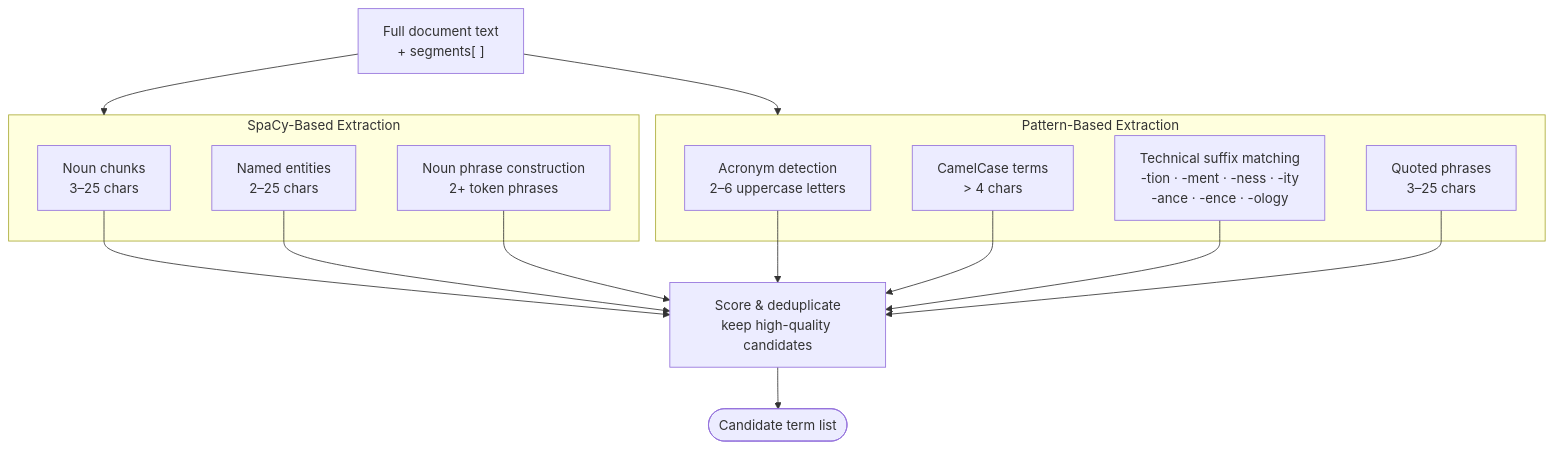
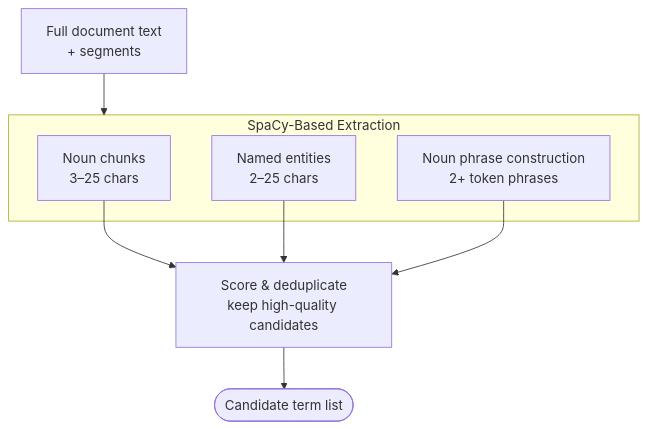
Before and after one commit to asa-holland/csuf-clarus: the second of 12 diagrams in analysis.md, drawn with Mermaid. The commit also changed other lines of this file, not shown here.

````diff
--- a/analysis.md
+++ b/analysis.md
@@ -55,26 +50,18 @@
 ```mermaid
 flowchart TD
-    IN["Full document text\n+ segments[ ]"]
+    IN["Full document text\n+ segments"]
 
     subgraph SPACY_METHODS["SpaCy-Based Extraction"]
         E1["Noun chunks\n3–25 chars"]
         E2["Named entities\n2–25 chars"]
         E3["Noun phrase construction\n2+ token phrases"]
     end
 
-    subgraph PATTERN_METHODS["Pattern-Based Extraction"]
-        E4["Acronym detection\n2–6 uppercase letters"]
-        E5["CamelCase terms\n> 4 chars"]
-        E6["Technical suffix matching\n-tion · -ment · -ness · -ity\n-ance · -ence · -ology"]
-        E7["Quoted phrases\n3–25 chars"]
-    end
-
     FILTER["Score & deduplicate\nkeep high-quality candidates"]
 
     OUT(["Candidate term list"])
 
-    IN --> SPACY_METHODS & PATTERN_METHODS
+    IN --> SPACY_METHODS
     E1 & E2 & E3 --> FILTER
-    E4 & E5 & E6 & E7 --> FILTER
     FILTER --> OUT
 ```
````
